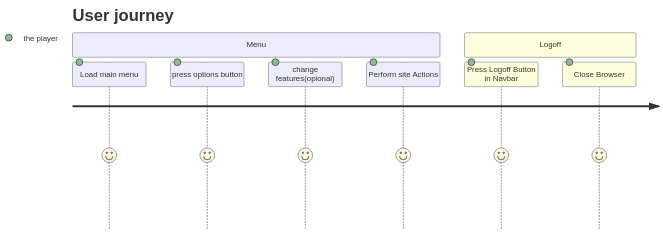
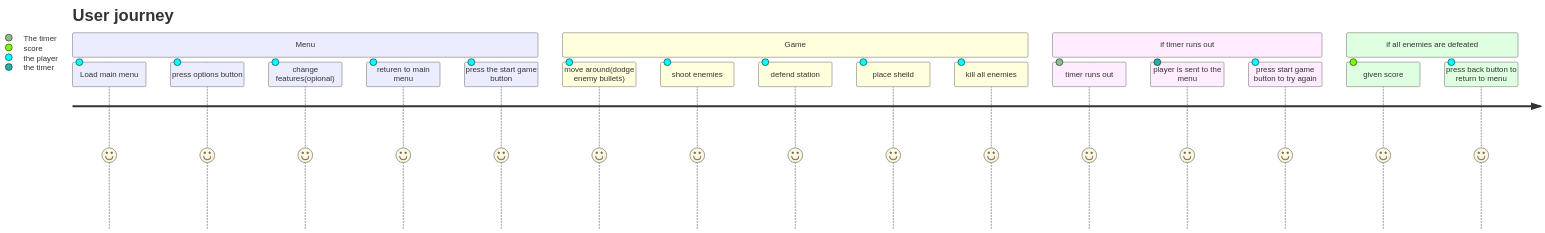
One commit to Carterpearce/SDF-Space-Invaders changed the first of 2 diagrams in Design.md. Above: the diagram before and after it, drawn with Mermaid. The commit also changed 3 other files, not shown here.

First line of the commit message:
return button and user journey

````diff
--- a/Design.md
+++ b/Design.md
@@ -35,14 +35,25 @@
 ```mermaid
 journey
     title User journey
         section Menu
             Load main menu: 5: the player
             press options button: 5: the player
             change features(opional): 5: the player
-            Perform site Actions:5: the player
-        section Logoff
-            Press Logoff Button in Navbar:5: the player
-            Close Browser:5: the player
+            returen to main menu:5: the player
+            press the start game button:5: the player
+        section Game
+            move around(dodge enemy bullets): 5: the player
+            shoot enemies: 5: the player
+            defend station: 5: the player
+            place sheild: 5: the player
+            kill all enemies: 5: the player
+        section if timer runs out
+            timer runs out: 5: The timer
+            player is sent to the menu: 5: the timer
+            press start game button to try again: 5: the player
+        section if all enemies are defeated
+            given score: 5: score
+            press back button to return to menu: 5: the player
 
 
 ```
````
